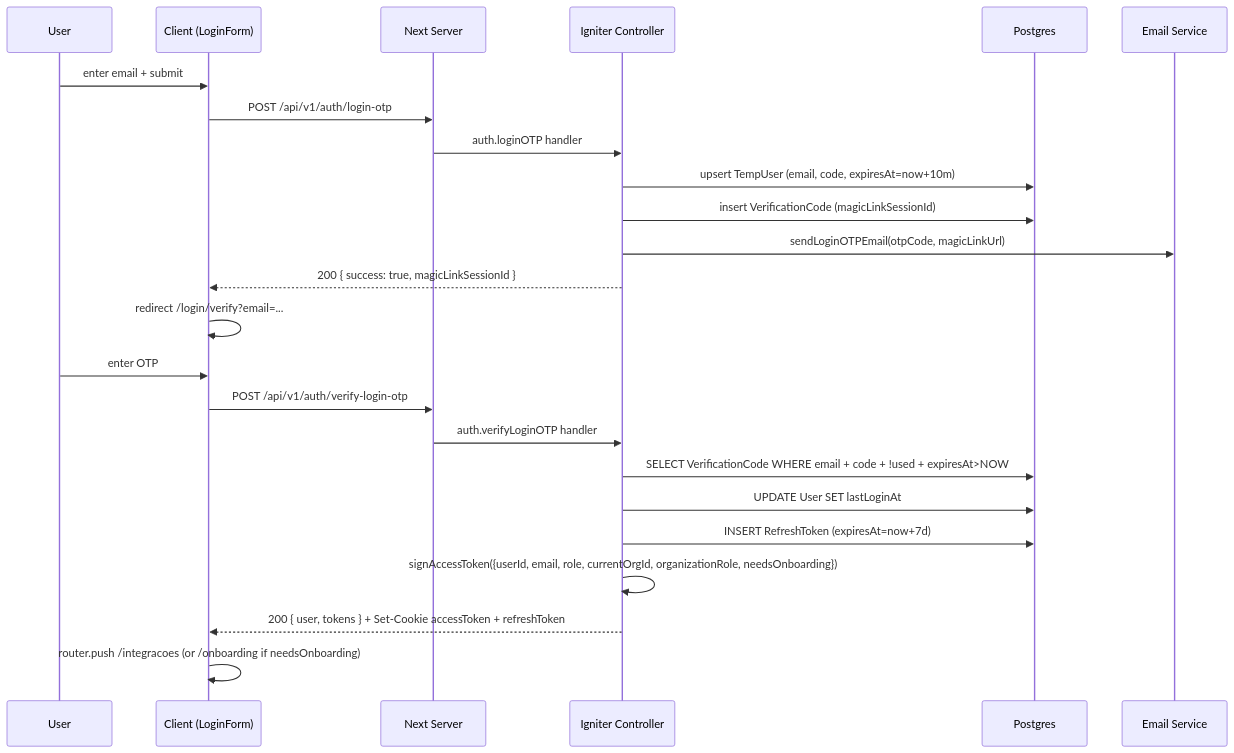
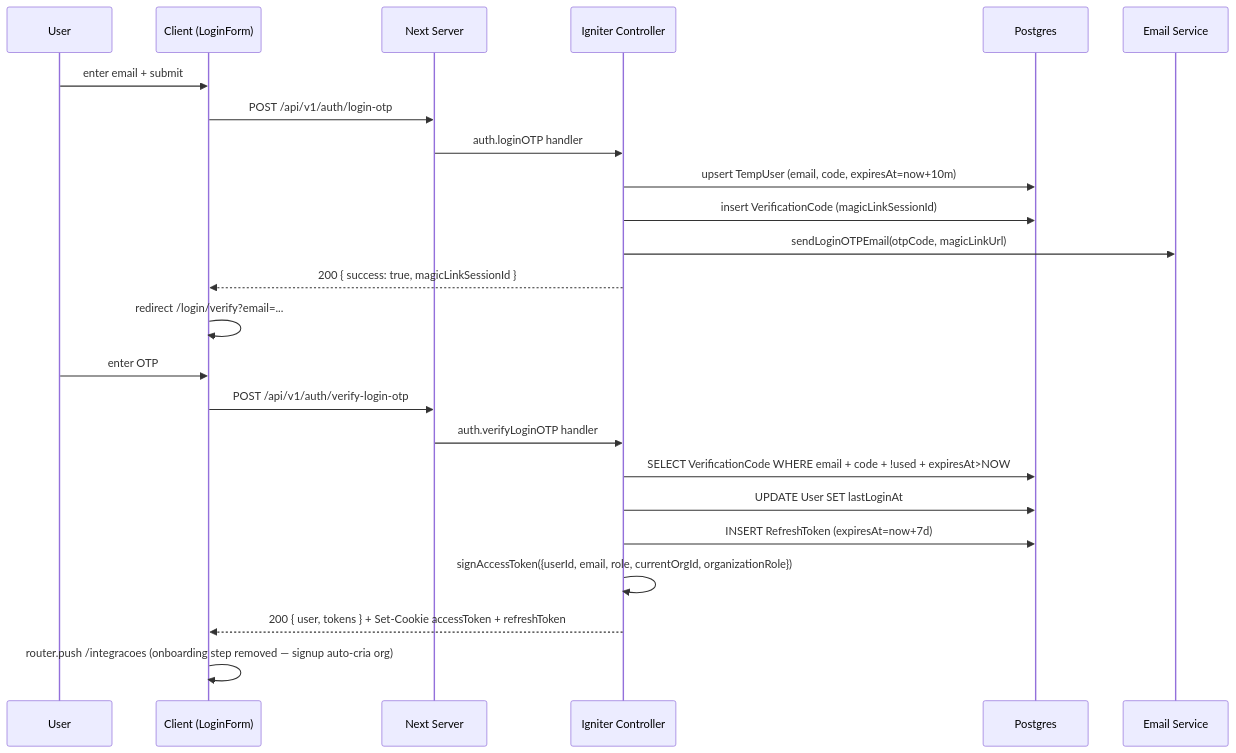
Before and after one commit to quayer/app-quayer: the diagram in docs/auth/AUTH_FLOW.md, drawn with Mermaid. The commit also changed other lines of this file and 28 other files, not shown here.

````diff
--- a/docs/auth/AUTH_FLOW.md
+++ b/docs/auth/AUTH_FLOW.md
@@ -5,27 +5,27 @@
 ```mermaid
 sequenceDiagram
   participant U as User
   participant C as Client (LoginForm)
   participant N as Next Server
   participant I as Igniter Controller
   participant D as Postgres
   participant E as Email Service
 
   U->>C: enter email + submit
   C->>N: POST /api/v1/auth/login-otp
   N->>I: auth.loginOTP handler
   I->>D: upsert TempUser (email, code, expiresAt=now+10m)
   I->>D: insert VerificationCode (magicLinkSessionId)
   I->>E: sendLoginOTPEmail(otpCode, magicLinkUrl)
   I-->>C: 200 { success: true, magicLinkSessionId }
   C->>C: redirect /login/verify?email=...
   U->>C: enter OTP
   C->>N: POST /api/v1/auth/verify-login-otp
   N->>I: auth.verifyLoginOTP handler
   I->>D: SELECT VerificationCode WHERE email + code + !used + expiresAt>NOW
   I->>D: UPDATE User SET lastLoginAt
   I->>D: INSERT RefreshToken (expiresAt=now+7d)
-  I->>I: signAccessToken({userId, email, role, currentOrgId, organizationRole, needsOnboarding})
+  I->>I: signAccessToken({userId, email, role, currentOrgId, organizationRole})
   I-->>C: 200 { user, tokens } + Set-Cookie accessToken + refreshToken
-  C->>C: router.push /integracoes (or /onboarding if needsOnboarding)
+  C->>C: router.push /integracoes (onboarding step removed — signup auto-cria org)
 ```
````
